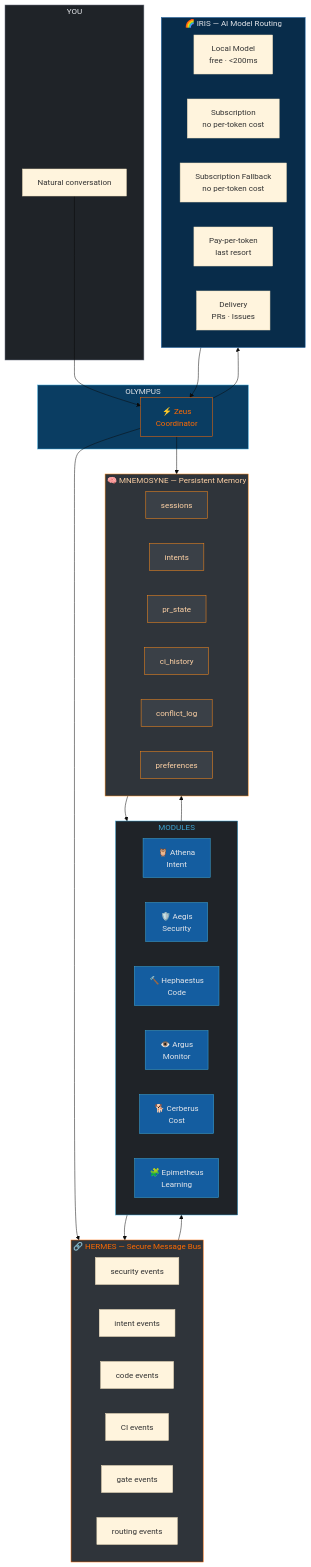
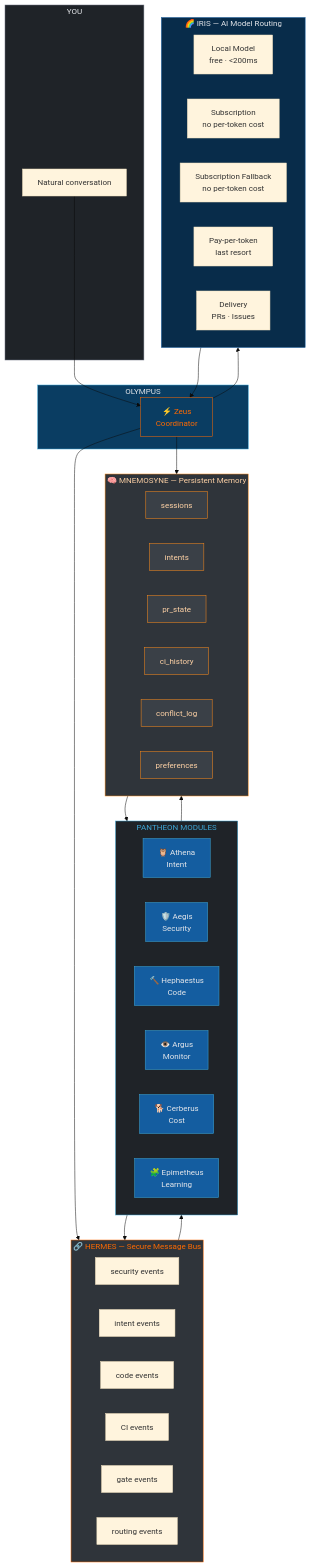
The diagram in docs/pantheon.md (convergent-systems-co/olympus), drawn with Mermaid (base theme) before and after one commit. The commit also changed other lines of this file and 6 other files, not shown here.

First line of the commit message:
Brand the module system as Pantheon Modules

```diff
--- a/docs/pantheon.md
+++ b/docs/pantheon.md
@@ -239,7 +239,7 @@
         E6["routing events"]
     end
 
-    subgraph Modules["MODULES"]
+    subgraph Modules["PANTHEON MODULES"]
         direction LR
         ATHENA["🦉 Athena\nIntent"]
         AEGIS["🛡️ Aegis\nSecurity"]
```
